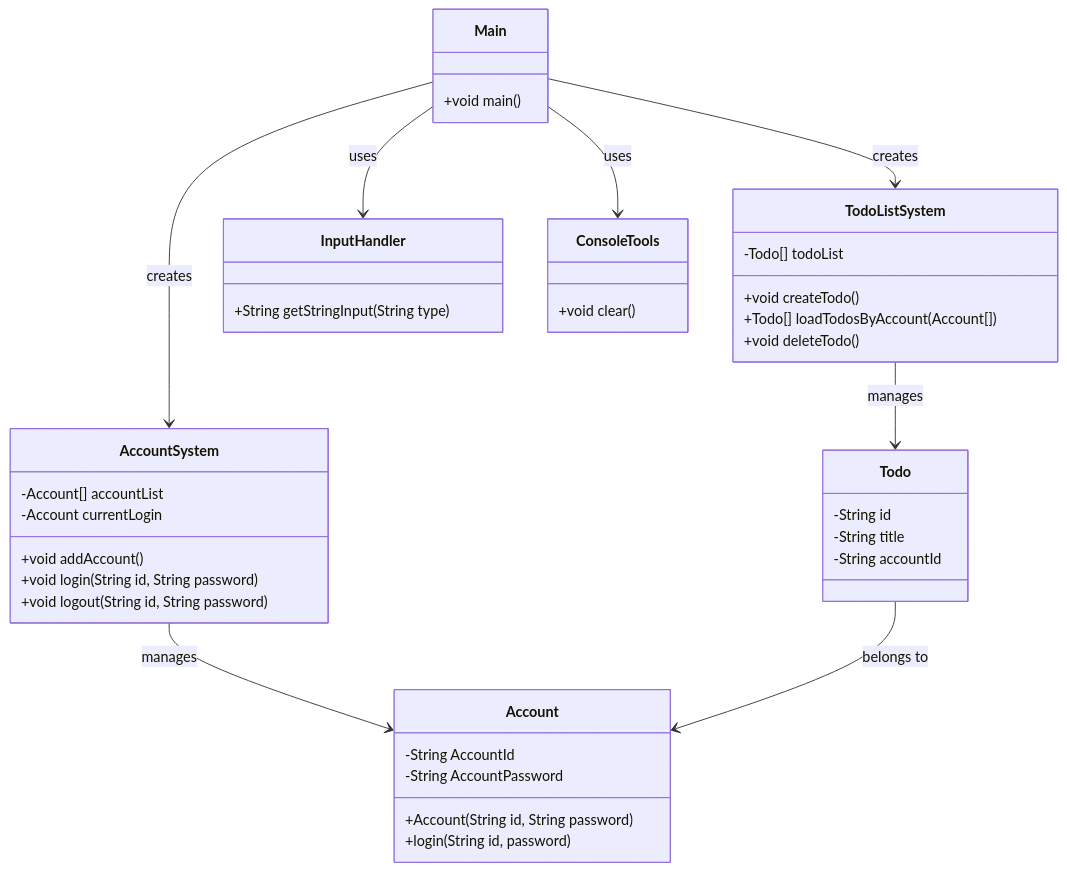
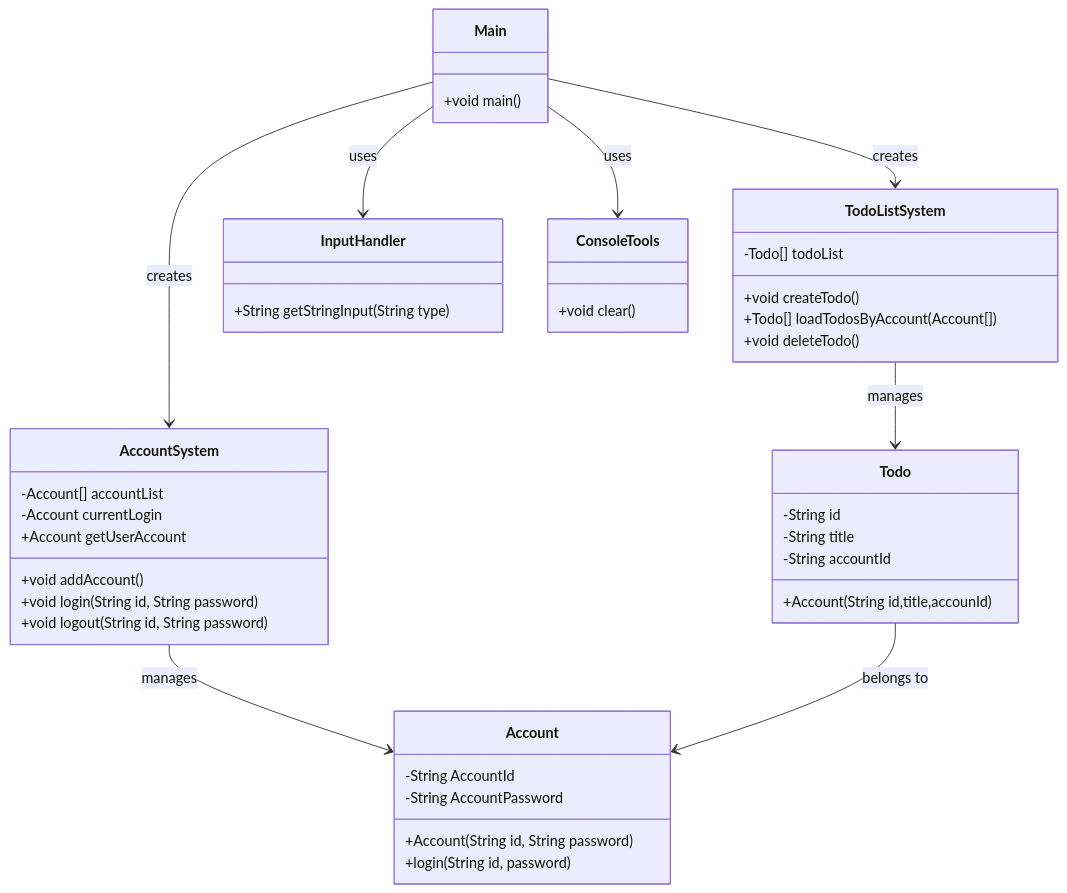
The diagram in src/TodoListWithAccountSystem/todo-list-class-diagram.mermaid (gwongibeom/java_scratch), drawn with Mermaid before and after one commit. The commit also changed 2 other files, not shown here.

Commit message:
(개발) Account 클래스 getUserAccount 메소드 추가 및 문서 반영

```diff
--- a/src/TodoListWithAccountSystem/todo-list-class-diagram.mermaid
+++ b/src/TodoListWithAccountSystem/todo-list-class-diagram.mermaid
@@ -1,48 +1,50 @@
 classDiagram
     class Todo {
         -String id
         -String title
         -String accountId
+        +Account(String id,title,accounId)
     }
 
     class TodoListSystem {
         -Todo[] todoList
         +void createTodo()
         +Todo[] loadTodosByAccount(Account[])
         +void deleteTodo()
     }
 
     class Account {
         -String AccountId
         -String AccountPassword
         +Account(String id, String password)
         +login(String id, password)
     }
 
     class AccountSystem {
         -Account[] accountList
         -Account currentLogin
         +void addAccount()
+        +Account getUserAccount
         +void login(String id, String password)
         +void logout(String id, String password)
     }
 
     class InputHandler {
         +String getStringInput(String type)
     }
 
     class ConsoleTools {
         +void clear()
     }
 
     class Main {
         +void main()
     }
 
     Main --> AccountSystem : creates
     Main --> TodoListSystem : creates
     Main --> InputHandler : uses
     Main --> ConsoleTools : uses
     TodoListSystem --> Todo : manages
     AccountSystem --> Account : manages
     Todo --> Account : belongs to
```
